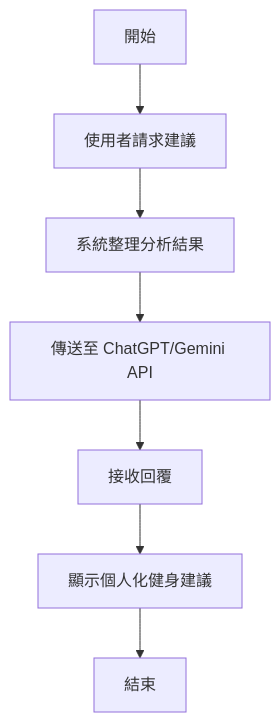
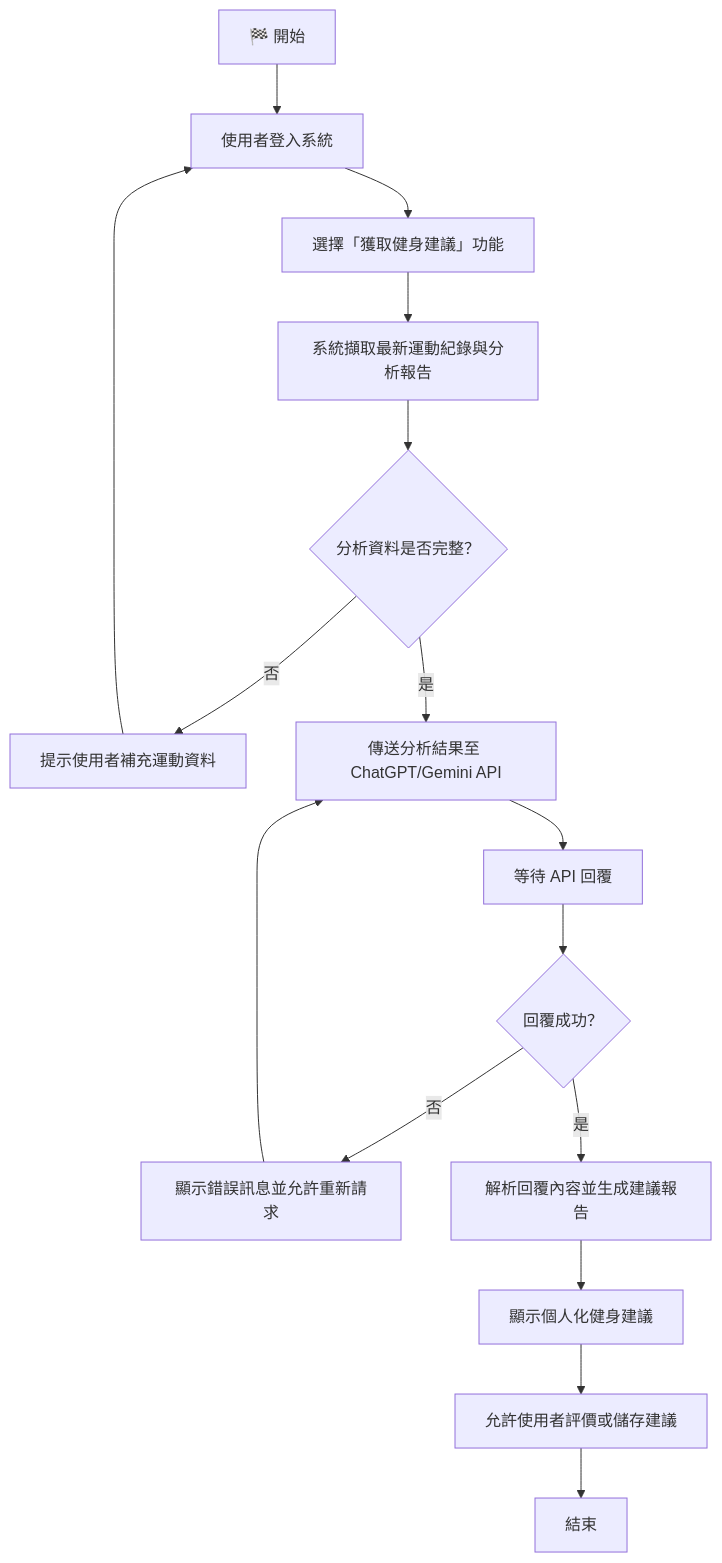
The sixth of 6 diagrams in hw5.md (kyw012/team-project), drawn with Mermaid before and after one commit. The commit also changed other lines of this file, not shown here.

````diff
--- a/hw5.md
+++ b/hw5.md
@@ -103,9 +104,19 @@
 ```mermaid
 flowchart TD
-    A[開始] --> B[使用者請求建議]
-    B --> C[系統整理分析結果]
-    C --> D[傳送至 ChatGPT/Gemini API]
-    D --> E[接收回覆]
-    E --> F[顯示個人化健身建議]
-    F --> G[結束]
+    %% 範例：更詳細、更真實的活動圖
+    A[🏁 開始] --> B[使用者登入系統]
+    B --> C[選擇「獲取健身建議」功能]
+    C --> D[系統擷取最新運動紀錄與分析報告]
+    D --> E{分析資料是否完整？}
+    E -->|否| F[提示使用者補充運動資料]
+    F --> B
+    E -->|是| G[傳送分析結果至 ChatGPT/Gemini API]
+    G --> H[等待 API 回覆]
+    H --> I{回覆成功？}
+    I -->|否| J[顯示錯誤訊息並允許重新請求]
+    J --> G
+    I -->|是| K[解析回覆內容並生成建議報告]
+    K --> L[顯示個人化健身建議]
+    L --> M[允許使用者評價或儲存建議]
+    M --> N[結束]
 ```
````
